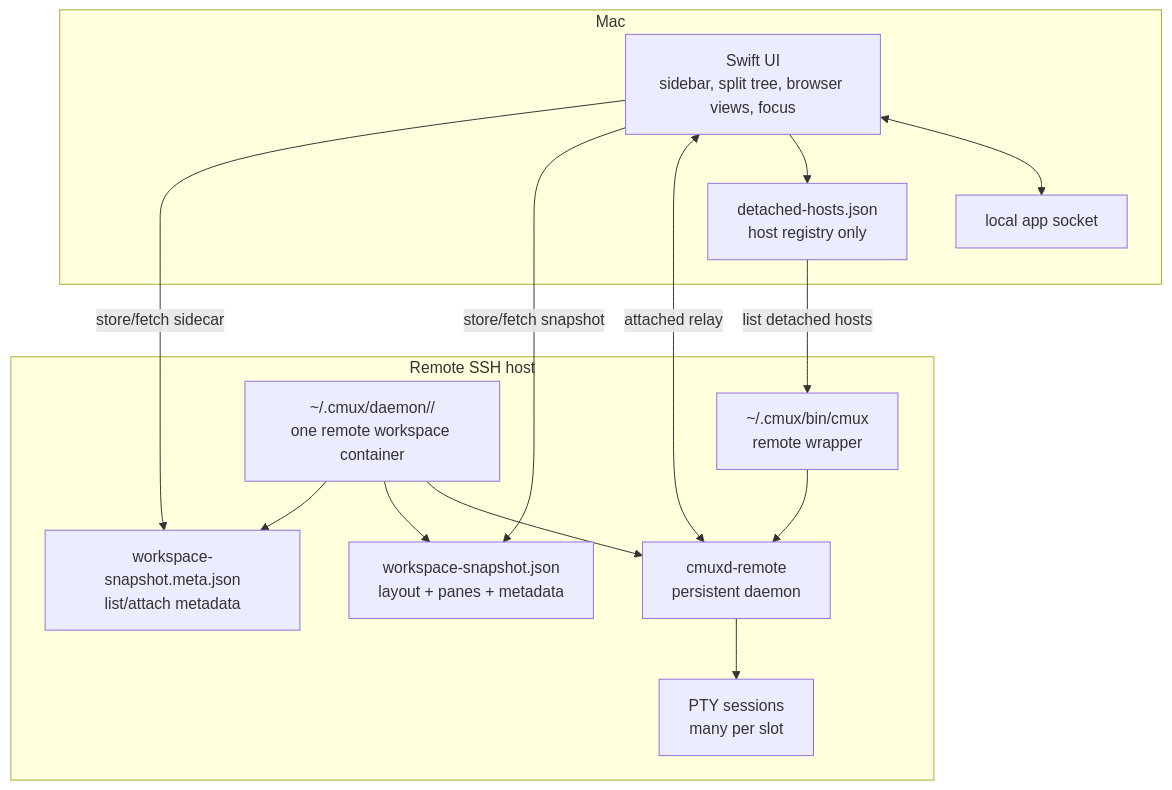
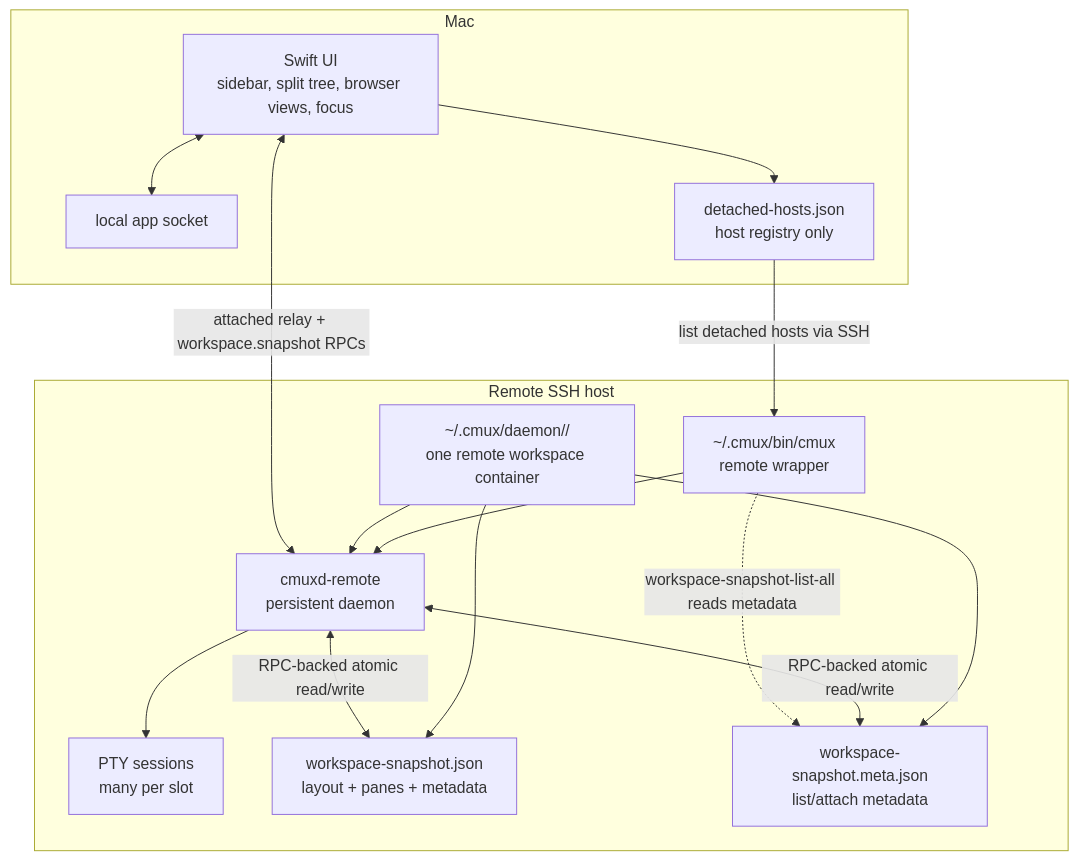
One commit to edbordin-linktree/cmux changed the second of 4 diagrams in docs/remote-workspace-detached-metadata-plan.md. Above: the diagram before and after it, drawn with Mermaid. The commit also changed other lines of this file, not shown here.

Commit message:
Clarify snapshot RPC path in diagrams

````diff
--- a/docs/remote-workspace-detached-metadata-plan.md
+++ b/docs/remote-workspace-detached-metadata-plan.md
@@ -93,30 +97,31 @@
 ```mermaid
 flowchart TB
   subgraph Mac["Mac"]
     UI["Swift UI\nsidebar, split tree, browser views, focus"]
     AppSocket["local app socket"]
     HostRegistry["detached-hosts.json\nhost registry only"]
     UI <--> AppSocket
     UI --> HostRegistry
   end
 
   subgraph Host["Remote SSH host"]
     Wrapper["~/.cmux/bin/cmux\nremote wrapper"]
     Slot["~/.cmux/daemon/<slot>/\none remote workspace container"]
     Daemon["cmuxd-remote\npersistent daemon"]
     PTYs["PTY sessions\nmany per slot"]
     Body["workspace-snapshot.json\nlayout + panes + metadata"]
     Sidecar["workspace-snapshot.meta.json\nlist/attach metadata"]
 
     Wrapper --> Daemon
     Slot --> Daemon
     Slot --> Body
     Slot --> Sidecar
+    Daemon <-->|RPC-backed atomic read/write| Body
+    Daemon <-->|RPC-backed atomic read/write| Sidecar
     Daemon --> PTYs
   end
 
-  UI <-->|attached relay| Daemon
-  UI -->|store/fetch snapshot| Body
-  UI -->|store/fetch sidecar| Sidecar
-  HostRegistry -->|list detached hosts| Wrapper
+  UI <-->|attached relay + workspace.snapshot RPCs| Daemon
+  HostRegistry -->|list detached hosts via SSH| Wrapper
+  Wrapper -.->|workspace-snapshot-list-all reads metadata| Sidecar
 ```
````
